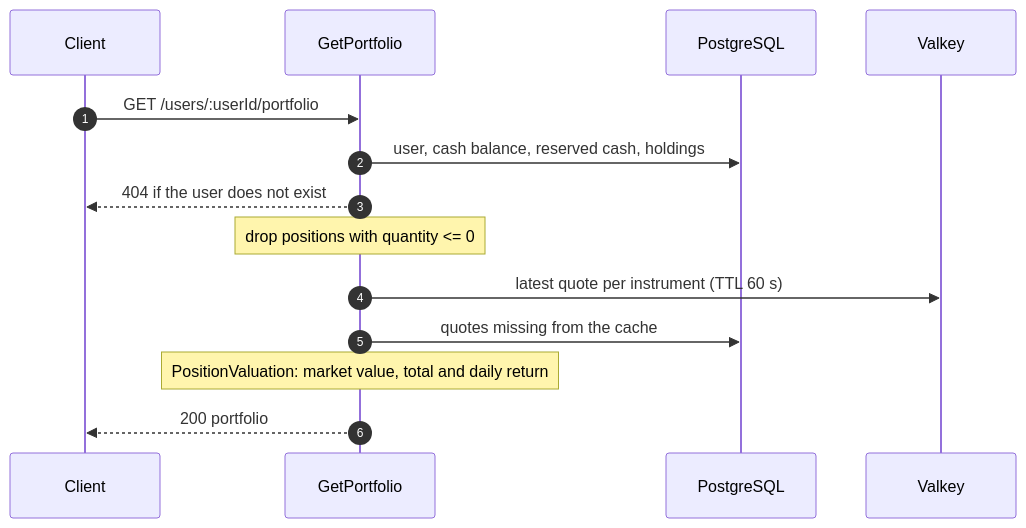
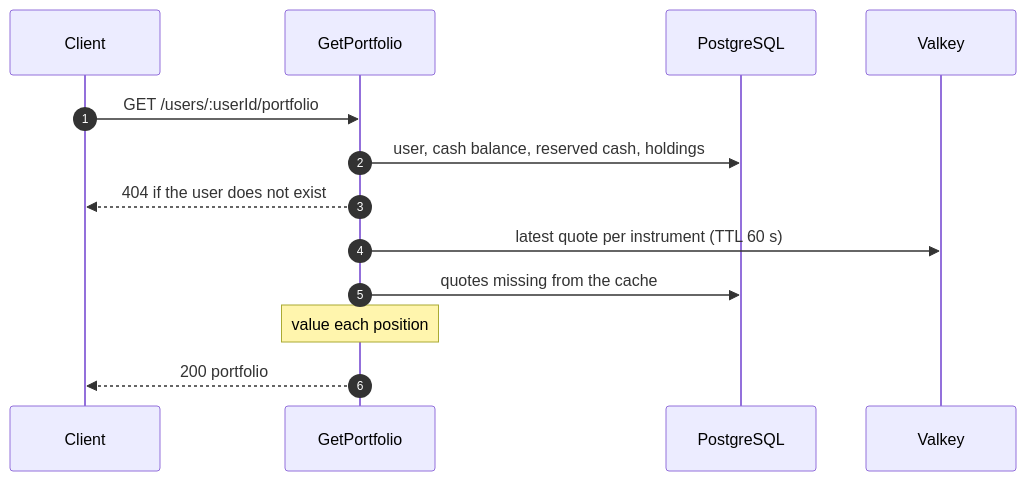
One commit to Samuel0023/cocos-challenge changed the fourth of 6 diagrams in docs/flows.md. Above: the diagram before and after it, drawn with Mermaid. The commit also changed other lines of this file and 25 other files, not shown here.

````diff
--- a/docs/flows.md
+++ b/docs/flows.md
@@ -99,16 +88,15 @@
 ```mermaid
 sequenceDiagram
   autonumber
   participant C as Client
   participant UC as GetPortfolio
   participant PG as PostgreSQL
   participant VK as Valkey
   C->>UC: GET /users/:userId/portfolio
   UC->>PG: user, cash balance, reserved cash, holdings
   UC-->>C: 404 if the user does not exist
-  Note over UC: drop positions with quantity <= 0
   UC->>VK: latest quote per instrument (TTL 60 s)
   UC->>PG: quotes missing from the cache
-  Note over UC: PositionValuation: market value, total and daily return
+  Note over UC: value each position
   UC-->>C: 200 portfolio
 ```
````
